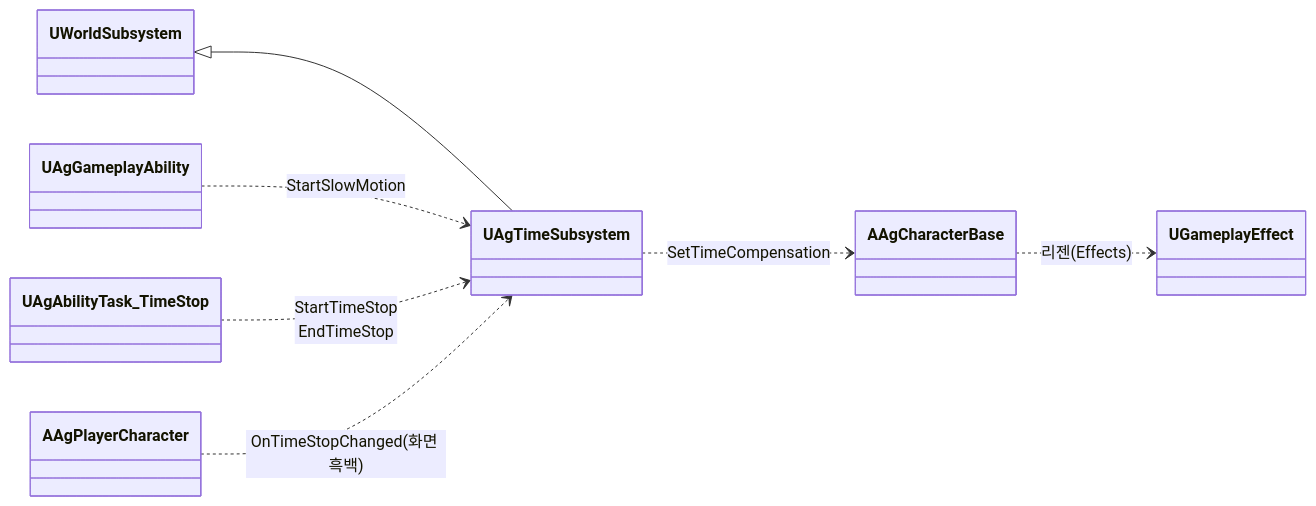
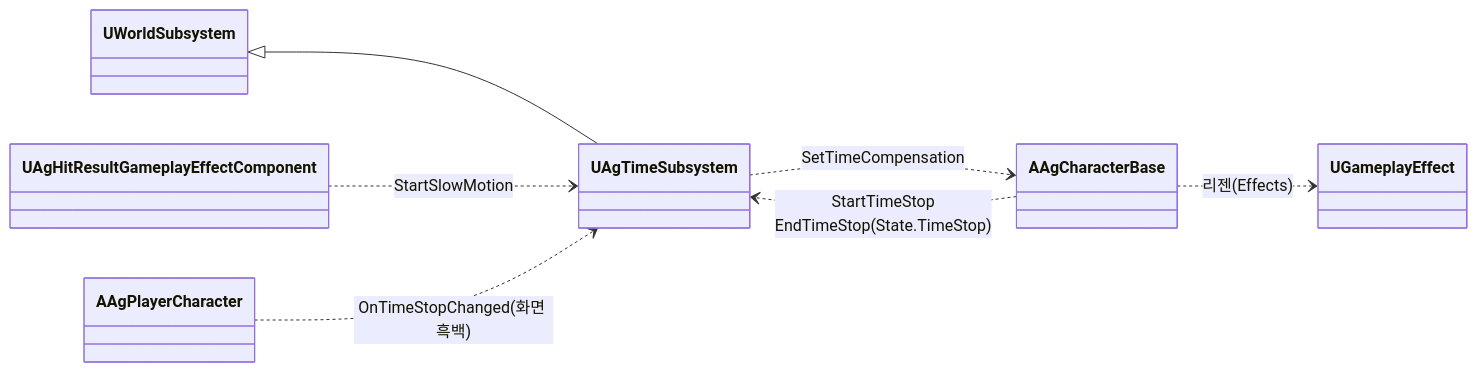
One commit to Woogl/Ag changed the first of 2 diagrams in Docs/Program/전투 규칙.md. Above: the diagram before and after it, drawn with Mermaid. The commit also changed other lines of this file and 15 other files, not shown here.

````diff
--- a/Docs/Program/전투 규칙.md
+++ b/Docs/Program/전투 규칙.md
@@ -32,11 +32,11 @@
 ```mermaid
 classDiagram
     direction LR
     UWorldSubsystem <|-- UAgTimeSubsystem
 
     AAgCharacterBase ..> UGameplayEffect : 리젠(Effects)
-    UAgGameplayAbility ..> UAgTimeSubsystem : StartSlowMotion
-    UAgAbilityTask_TimeStop ..> UAgTimeSubsystem : StartTimeStop<br>EndTimeStop
+    UAgHitResultGameplayEffectComponent ..> UAgTimeSubsystem : StartSlowMotion
+    AAgCharacterBase ..> UAgTimeSubsystem : StartTimeStop<br>EndTimeStop(State.TimeStop)
     UAgTimeSubsystem ..> AAgCharacterBase : SetTimeCompensation
     AAgPlayerCharacter ..> UAgTimeSubsystem : OnTimeStopChanged(화면 흑백)
 ```
````
